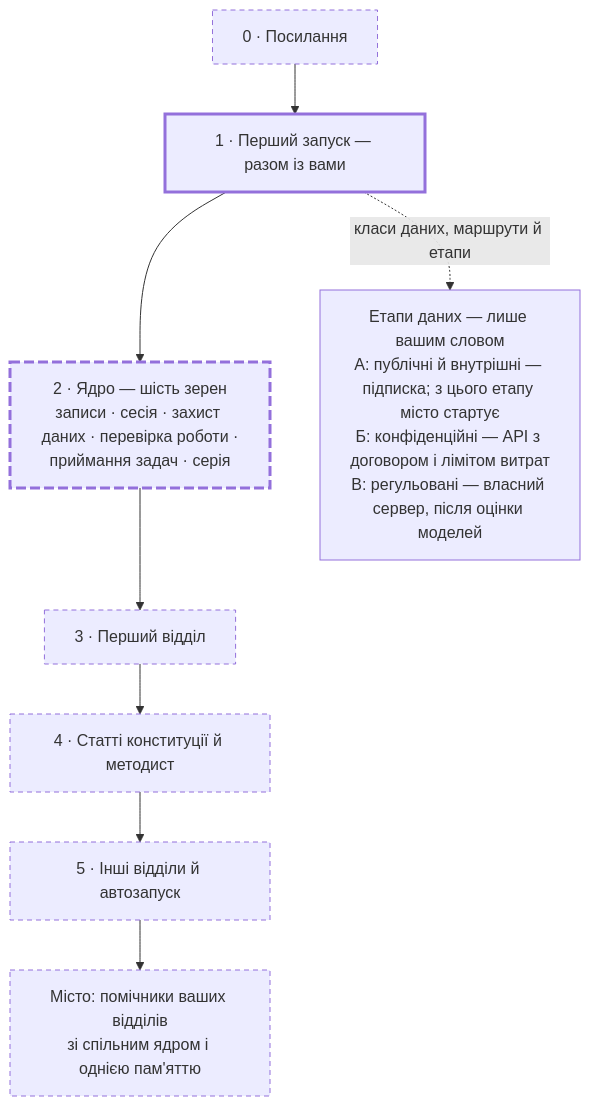
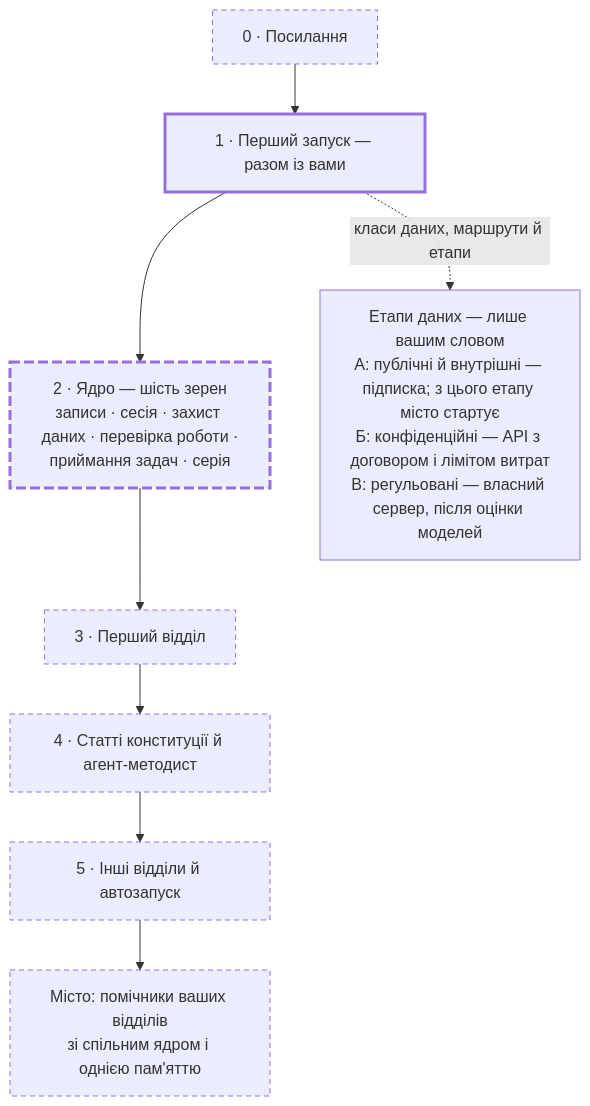
The diagram in README.md (automician/seeds-for-company-agents-uk), drawn with Mermaid before and after one commit. The commit also changed other lines of this file and 7 other files, not shown here.

````diff
--- a/README.md
+++ b/README.md
@@ -56,19 +56,19 @@
 ```mermaid
 flowchart TD
   S0["0 · Посилання"]
   S1["1 · Перший запуск — разом із вами"]
   S2["2 · Ядро — шість зерен<br/>записи · сесія · захист даних · перевірка роботи ·<br/>приймання задач · серія"]
   S3["3 · Перший відділ"]
-  S4["4 · Статті конституції й методист"]
+  S4["4 · Статті конституції й агент-методист"]
   S5["5 · Інші відділи й автозапуск"]
   C["Місто: помічники ваших відділів<br/>зі спільним ядром і однією пам'яттю"]
   D["Етапи даних — лише вашим словом<br/>А: публічні й внутрішні — підписка; з цього етапу місто стартує<br/>Б: конфіденційні — API з договором і лімітом витрат<br/>В: регульовані — власний сервер, після оцінки моделей"]
   S0 --> S1 --> S2 --> S3 --> S4 --> S5 --> C
   S1 -.->|"класи даних, маршрути й етапи"| D
   classDef checked stroke-width:3px
   classDef partial stroke-width:3px,stroke-dasharray:10 4
   classDef unchecked stroke-dasharray:5 4
   class S1 checked
   class S2 partial
   class S0,S3,S4,S5,C unchecked
 ```
````
